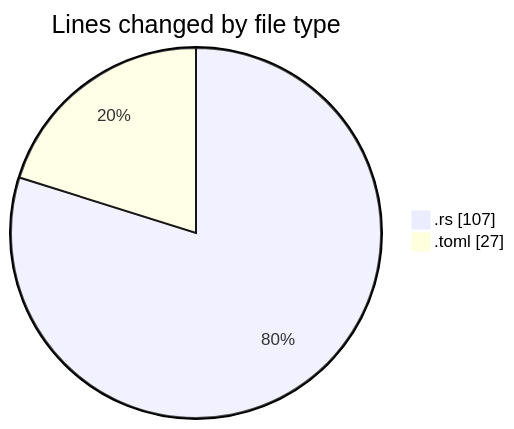
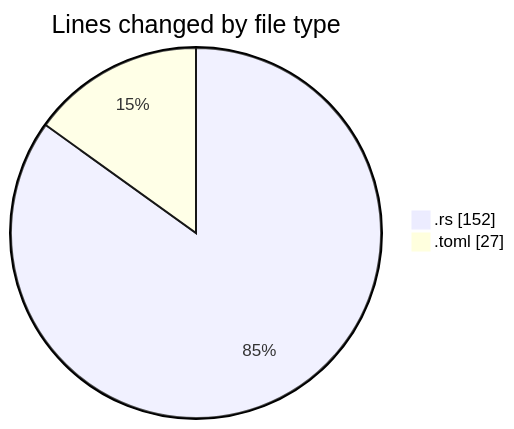
One commit to Ritupan-Deka/code-tracking changed the first of 2 diagrams in 2025-12-27/rust/README.md. Above: the diagram before and after it, drawn with Mermaid. The commit also changed other lines of this file and 1 other file, not shown here.

````diff
--- a/2025-12-27/rust/README.md
+++ b/2025-12-27/rust/README.md
@@ -21,6 +21,6 @@
 ```mermaid
 pie showData
 title Lines changed by file type
-".rs" : 107
+".rs" : 152
 ".toml" : 27
 ```
````
